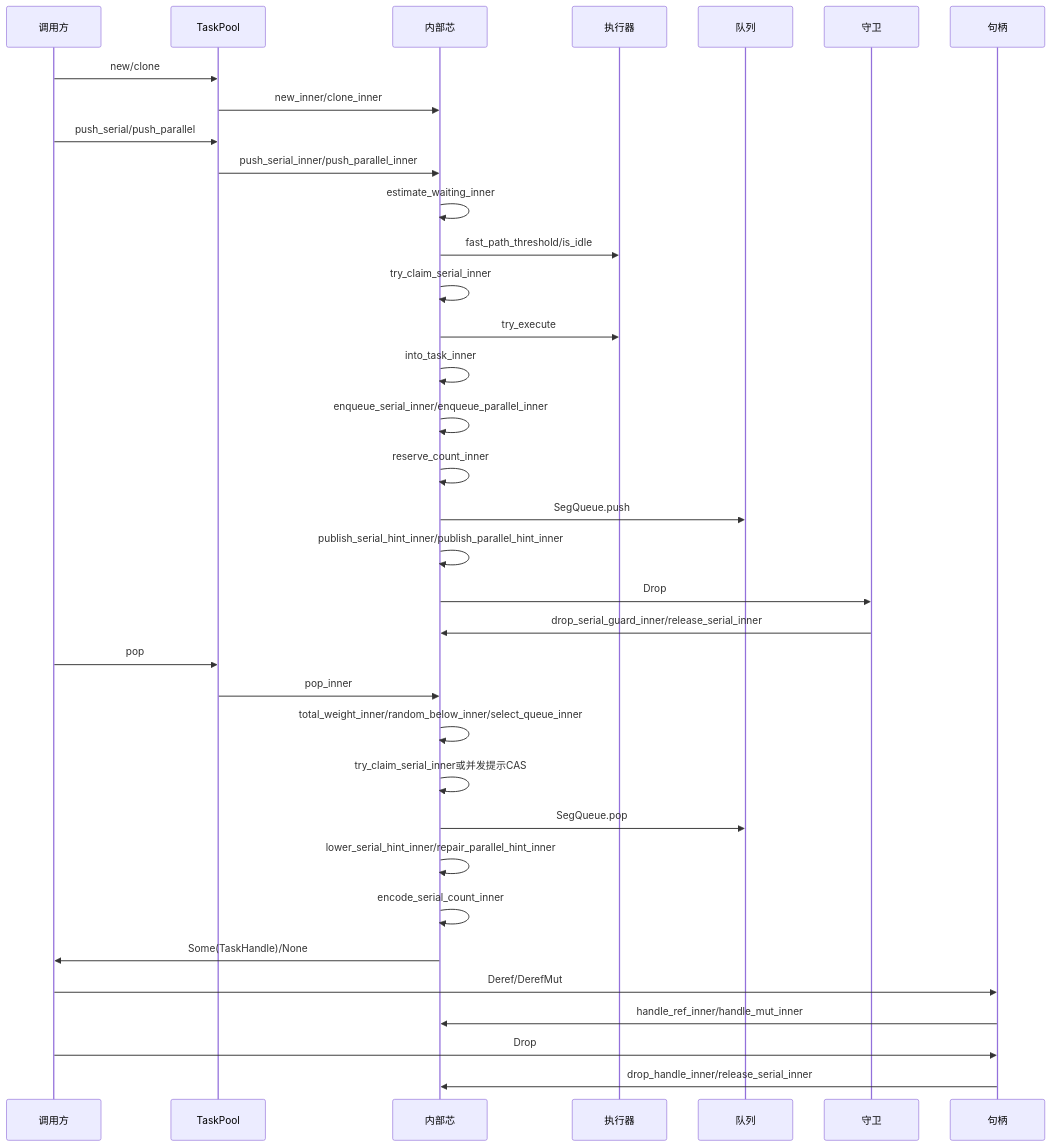
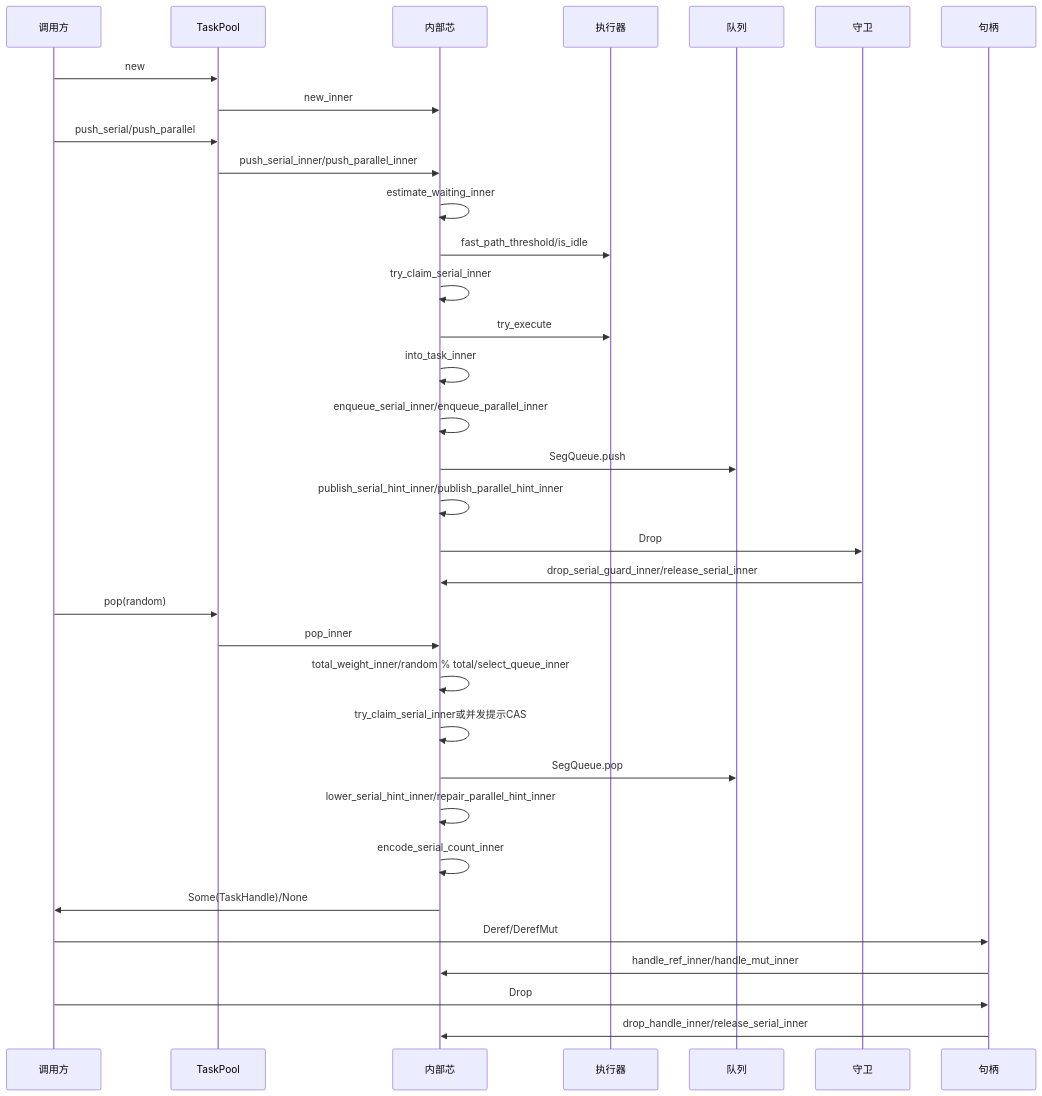
Before and after one commit to GaiaWorld/pi_task_pool: the diagram in design/lock-free-task-pool/07-design/call-chain.md, drawn with Mermaid. The commit also changed other lines of this file and 22 other files, not shown here.

````diff
--- a/design/lock-free-task-pool/07-design/call-chain.md
+++ b/design/lock-free-task-pool/07-design/call-chain.md
@@ -9,37 +9,36 @@
 ```mermaid
 sequenceDiagram
   participant N0 as 调用方
   participant N1 as TaskPool
   participant N2 as 内部芯
   participant N3 as 执行器
   participant N4 as 队列
   participant N5 as 守卫
   participant N6 as 句柄
-  N0->>N1: new/clone
-  N1->>N2: new_inner/clone_inner
+  N0->>N1: new
+  N1->>N2: new_inner
   N0->>N1: push_serial/push_parallel
   N1->>N2: push_serial_inner/push_parallel_inner
   N2->>N2: estimate_waiting_inner
   N2->>N3: fast_path_threshold/is_idle
   N2->>N2: try_claim_serial_inner
   N2->>N3: try_execute
   N2->>N2: into_task_inner
   N2->>N2: enqueue_serial_inner/enqueue_parallel_inner
-  N2->>N2: reserve_count_inner
   N2->>N4: SegQueue.push
   N2->>N2: publish_serial_hint_inner/publish_parallel_hint_inner
   N2->>N5: Drop
   N5->>N2: drop_serial_guard_inner/release_serial_inner
-  N0->>N1: pop
+  N0->>N1: pop(random)
   N1->>N2: pop_inner
-  N2->>N2: total_weight_inner/random_below_inner/select_queue_inner
+  N2->>N2: total_weight_inner/random % total/select_queue_inner
   N2->>N2: try_claim_serial_inner或并发提示CAS
   N2->>N4: SegQueue.pop
   N2->>N2: lower_serial_hint_inner/repair_parallel_hint_inner
   N2->>N2: encode_serial_count_inner
   N2->>N0: Some(TaskHandle)/None
   N0->>N6: Deref/DerefMut
   N6->>N2: handle_ref_inner/handle_mut_inner
   N0->>N6: Drop
   N6->>N2: drop_handle_inner/release_serial_inner
 ```
````
